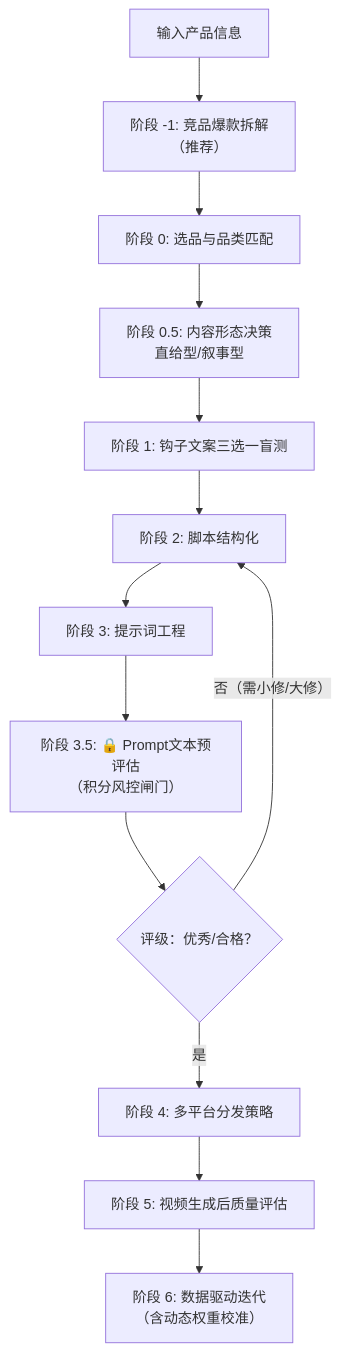
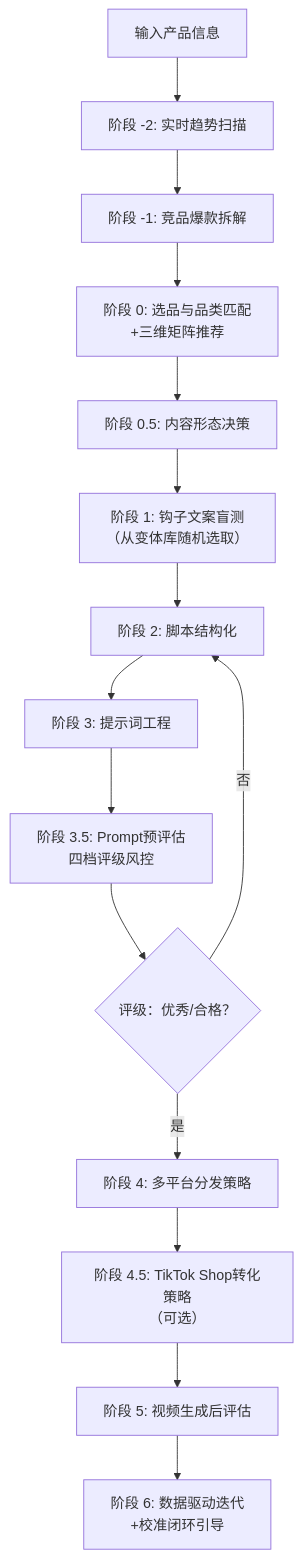
Before and after one commit to qq547820639/tiktok-ad-video-skill: the diagram in SKILL.md, drawn with Mermaid. The commit also changed other lines of this file, not shown here.

````diff
--- a/SKILL.md
+++ b/SKILL.md
@@ -95,15 +70,17 @@
 ```mermaid
 graph TD
-    A[输入产品信息] --> B[阶段 -1: 竞品爆款拆解<br/>（推荐）]
-    B --> C[阶段 0: 选品与品类匹配]
-    C --> D[阶段 0.5: 内容形态决策<br/>直给型/叙事型]
-    D --> E[阶段 1: 钩子文案三选一盲测]
-    E --> F[阶段 2: 脚本结构化]
-    F --> G[阶段 3: 提示词工程]
-    G --> H[阶段 3.5: 🔒 Prompt文本预评估<br/>（积分风控闸门）]
-    H --> I{评级：优秀/合格？}
-    I -->|是| J[阶段 4: 多平台分发策略]
-    I -->|否（需小修/大修）| F
-    J --> K[阶段 5: 视频生成后质量评估]
-    K --> L[阶段 6: 数据驱动迭代<br/>（含动态权重校准）]
+    A[输入产品信息] --> B[阶段 -2: 实时趋势扫描]
+    B --> C[阶段 -1: 竞品爆款拆解]
+    C --> D[阶段 0: 选品与品类匹配<br/>+三维矩阵推荐]
+    D --> E[阶段 0.5: 内容形态决策]
+    E --> F[阶段 1: 钩子文案盲测<br/>（从变体库随机选取）]
+    F --> G[阶段 2: 脚本结构化]
+    G --> H[阶段 3: 提示词工程]
+    H --> I[阶段 3.5: Prompt预评估<br/>四档评级风控]
+    I --> J{评级：优秀/合格？}
+    J -->|是| K[阶段 4: 多平台分发策略]
+    J -->|否| G
+    K --> L[阶段 4.5: TikTok Shop转化策略<br/>（可选）]
+    L --> M[阶段 5: 视频生成后评估]
+    M --> N[阶段 6: 数据驱动迭代<br/>+校准闭环引导]
 ```
````
